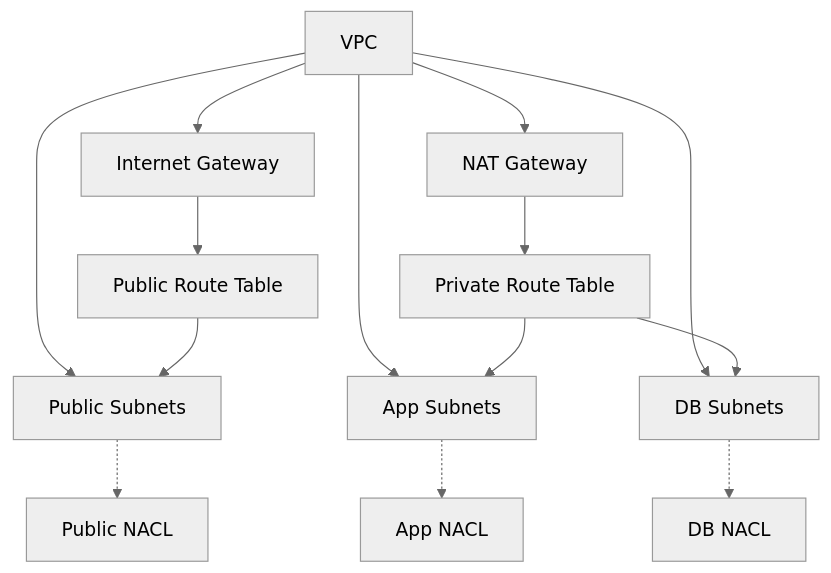
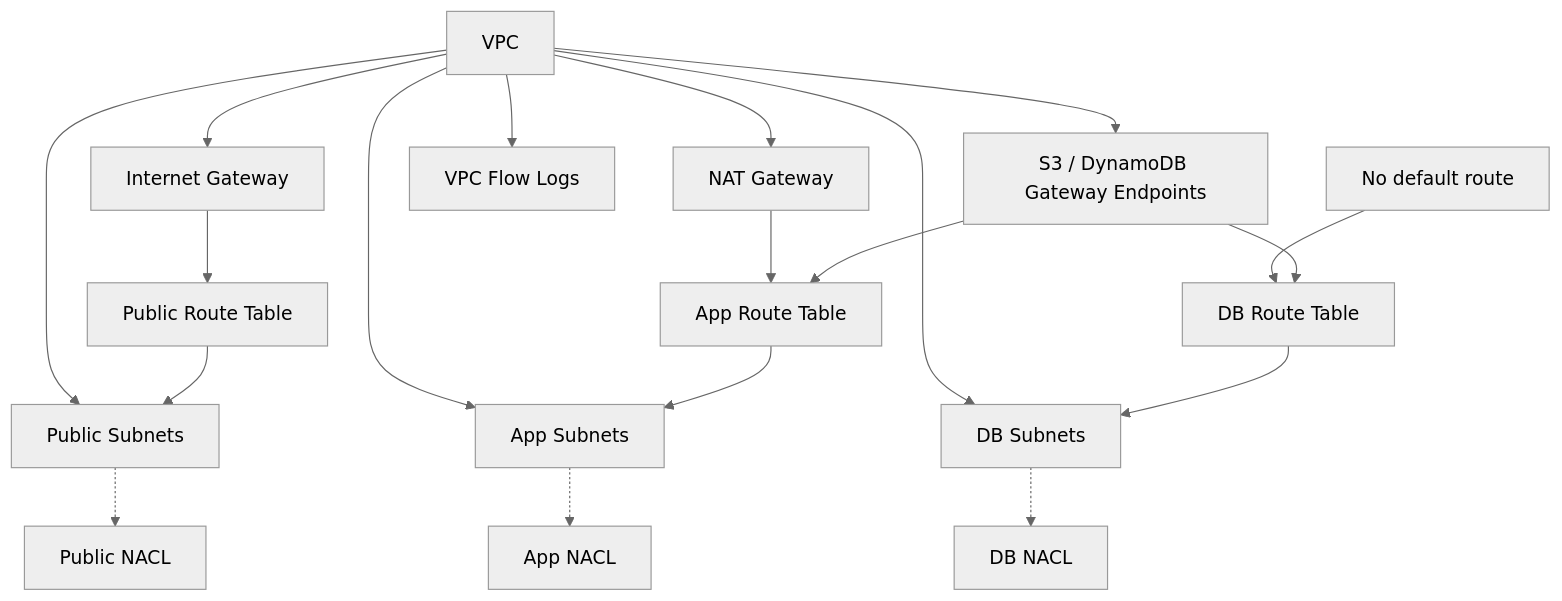
One commit to Thanutham-T/school-web-aws-terraform changed the diagram in modules/network/README.md. Above: the diagram before and after it, drawn with Mermaid (neutral theme). The commit also changed other lines of this file, not shown here.

````diff
--- a/modules/network/README.md
+++ b/modules/network/README.md
@@ -134,19 +204,24 @@
 ```mermaid
 graph TD
   VPC[VPC] --> IGW[Internet Gateway]
   VPC --> NAT[NAT Gateway]
   VPC --> PubSubnets[Public Subnets]
   VPC --> AppSubnets[App Subnets]
   VPC --> DbSubnets[DB Subnets]
+  VPC --> Endpoints[S3 / DynamoDB Gateway Endpoints]
+  VPC --> FlowLogs[VPC Flow Logs]
 
   IGW --> PubRT[Public Route Table]
-  NAT --> PrivRT[Private Route Table]
+  NAT --> AppRT[App Route Table]
+  LocalOnly[No default route] --> DbRT[DB Route Table]
 
   PubRT --> PubSubnets
-  PrivRT --> AppSubnets
-  PrivRT --> DbSubnets
+  AppRT --> AppSubnets
+  DbRT --> DbSubnets
+  Endpoints --> AppRT
+  Endpoints --> DbRT
 
   PubSubnets -.-> PubNACL[Public NACL]
   AppSubnets -.-> AppNACL[App NACL]
   DbSubnets -.-> DbNACL[DB NACL]
 ```
````
